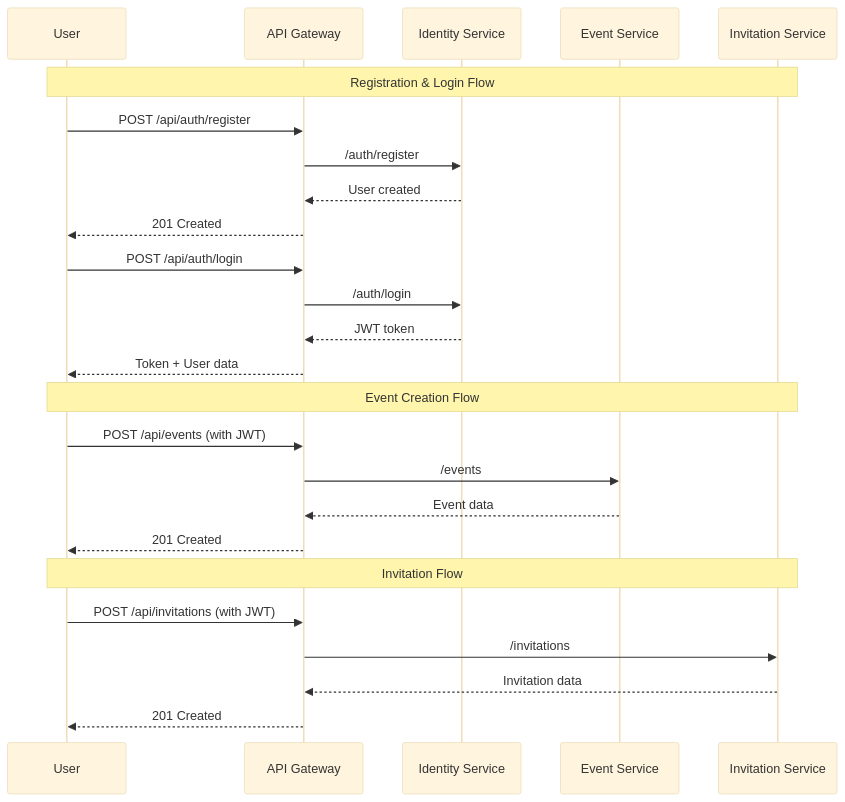
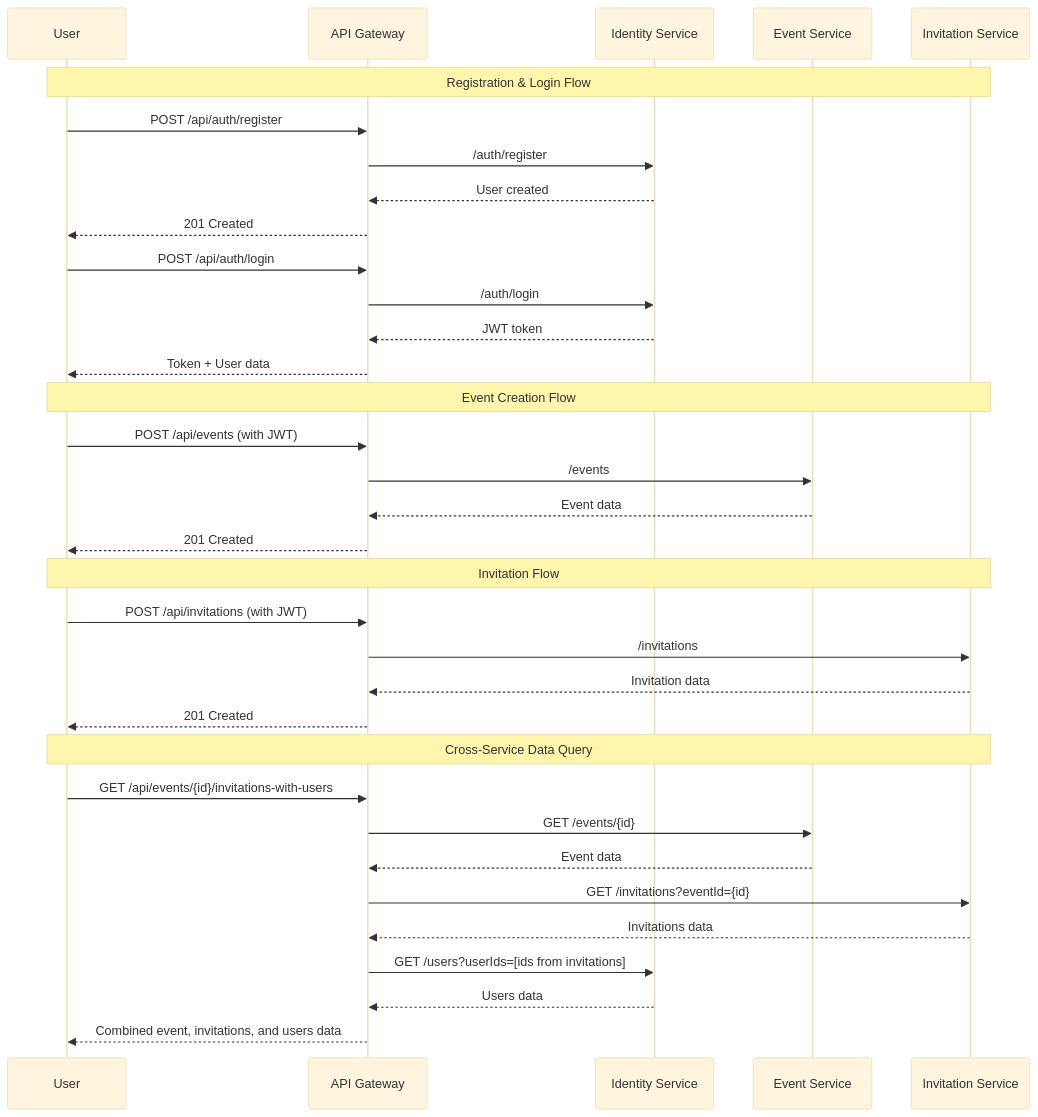
Before and after one commit to eugenetedkim/olive-table: the second of 2 diagrams in README.md, drawn with Mermaid (base theme). The commit also changed other lines of this file, not shown here.

Commit message:
Update README.md to accurately reflect microservices architecture with separate databases

````diff
--- a/README.md
+++ b/README.md
@@ -228,31 +253,41 @@
 ```mermaid
 sequenceDiagram
     participant U as User
     participant G as API Gateway
     participant I as Identity Service
     participant E as Event Service
     participant V as Invitation Service
 
     Note over U,V: Registration & Login Flow
     U->>G: POST /api/auth/register
     G->>I: /auth/register
     I-->>G: User created
     G-->>U: 201 Created
     
     U->>G: POST /api/auth/login
     G->>I: /auth/login
     I-->>G: JWT token
     G-->>U: Token + User data
 
     Note over U,V: Event Creation Flow
     U->>G: POST /api/events (with JWT)
     G->>E: /events
     E-->>G: Event data
     G-->>U: 201 Created
     
     Note over U,V: Invitation Flow
     U->>G: POST /api/invitations (with JWT)
     G->>V: /invitations
     V-->>G: Invitation data
     G-->>U: 201 Created
+
+    Note over U,V: Cross-Service Data Query
+    U->>G: GET /api/events/{id}/invitations-with-users
+    G->>E: GET /events/{id}
+    E-->>G: Event data
+    G->>V: GET /invitations?eventId={id}
+    V-->>G: Invitations data
+    G->>I: GET /users?userIds=[ids from invitations]
+    I-->>G: Users data
+    G-->>U: Combined event, invitations, and users data
 ```
````
